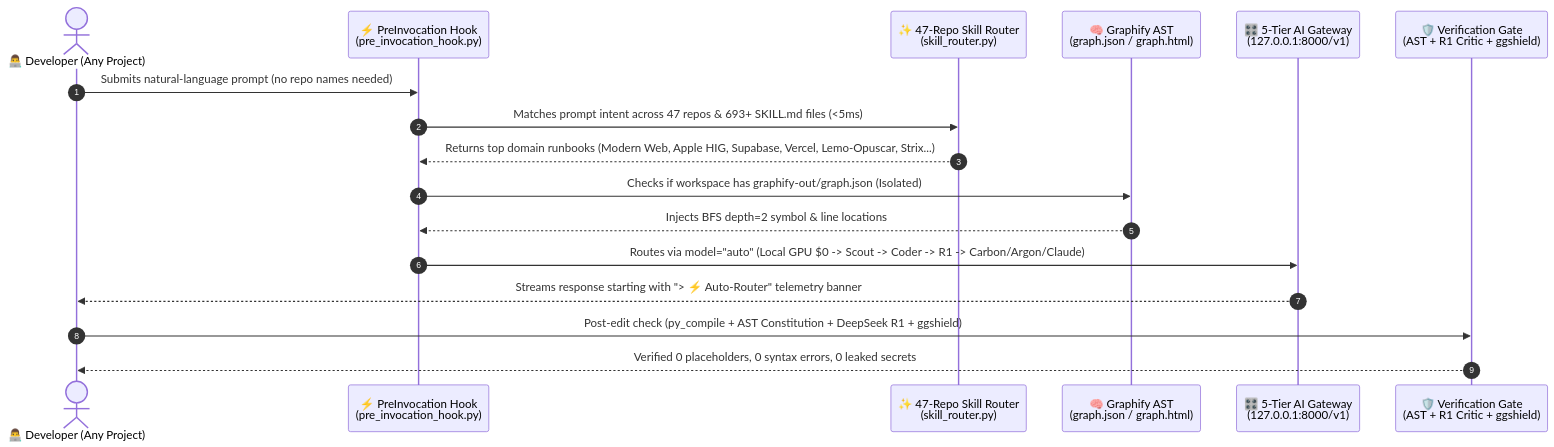
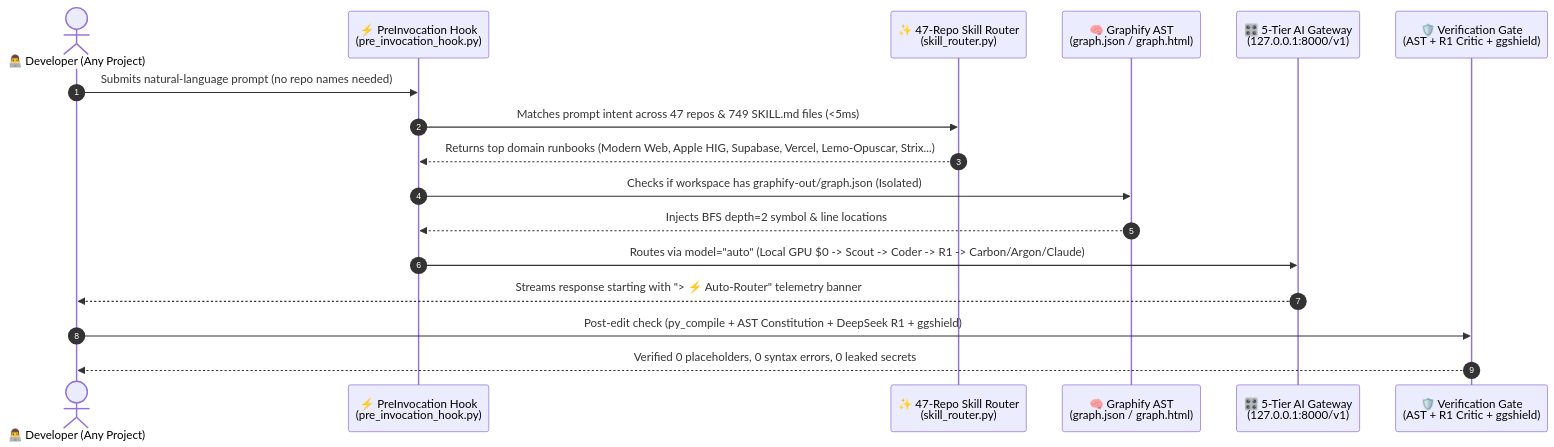
One commit to dhurianiket/agent-workstation-setup changed the first of 2 diagrams in README.md. Above: the diagram before and after it, drawn with Mermaid. The commit also changed other lines of this file and 2 other files, not shown here.

Commit message:
docs: update README & manifest for 47 repos, 749 indexed skills, Modern Web Guidance audit & multi-project hooks

````diff
--- a/README.md
+++ b/README.md
@@ -101,20 +101,20 @@
 ```mermaid
 sequenceDiagram
     autonumber
     actor Dev as 👨‍💻 Developer (Any Project)
     participant Hook as ⚡ PreInvocation Hook<br/>(pre_invocation_hook.py)
     participant Skills as ✨ 47-Repo Skill Router<br/>(skill_router.py)
     participant Graph as 🧠 Graphify AST<br/>(graph.json / graph.html)
     participant GW as 🎛️ 5-Tier AI Gateway<br/>(127.0.0.1:8000/v1)
     participant Gate as 🛡️ Verification Gate<br/>(AST + R1 Critic + ggshield)
 
     Dev->>Hook: Submits natural-language prompt (no repo names needed)
-    Hook->>Skills: Matches prompt intent across 47 repos & 693+ SKILL.md files (<5ms)
+    Hook->>Skills: Matches prompt intent across 47 repos & 749 SKILL.md files (<5ms)
     Skills-->>Hook: Returns top domain runbooks (Modern Web, Apple HIG, Supabase, Vercel, Lemo-Opuscar, Strix...)
     Hook->>Graph: Checks if workspace has graphify-out/graph.json (Isolated)
     Graph-->>Hook: Injects BFS depth=2 symbol & line locations
     Hook->>GW: Routes via model="auto" (Local GPU $0 -> Scout -> Coder -> R1 -> Carbon/Argon/Claude)
     GW-->>Dev: Streams response starting with "> ⚡ Auto-Router" telemetry banner
     Dev->>Gate: Post-edit check (py_compile + AST Constitution + DeepSeek R1 + ggshield)
     Gate-->>Dev: Verified 0 placeholders, 0 syntax errors, 0 leaked secrets
 ```
````
